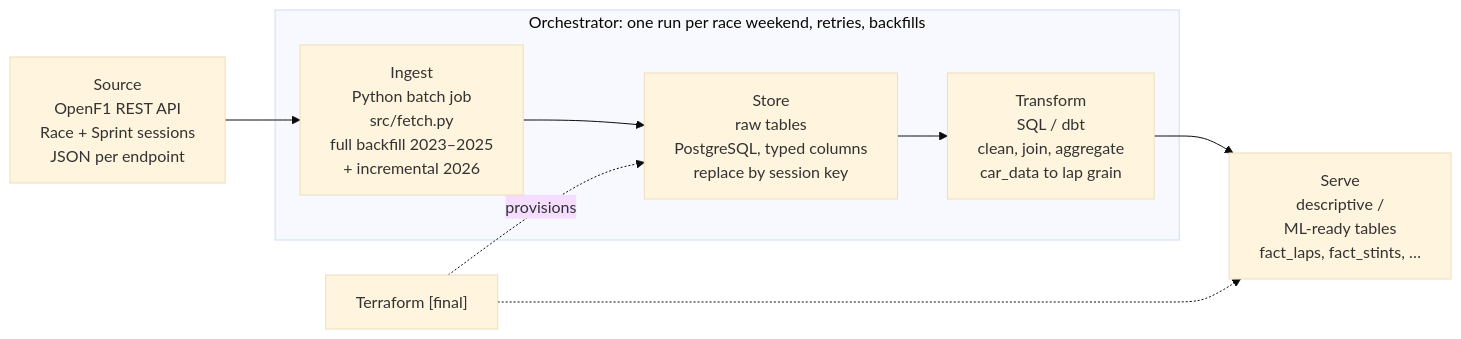
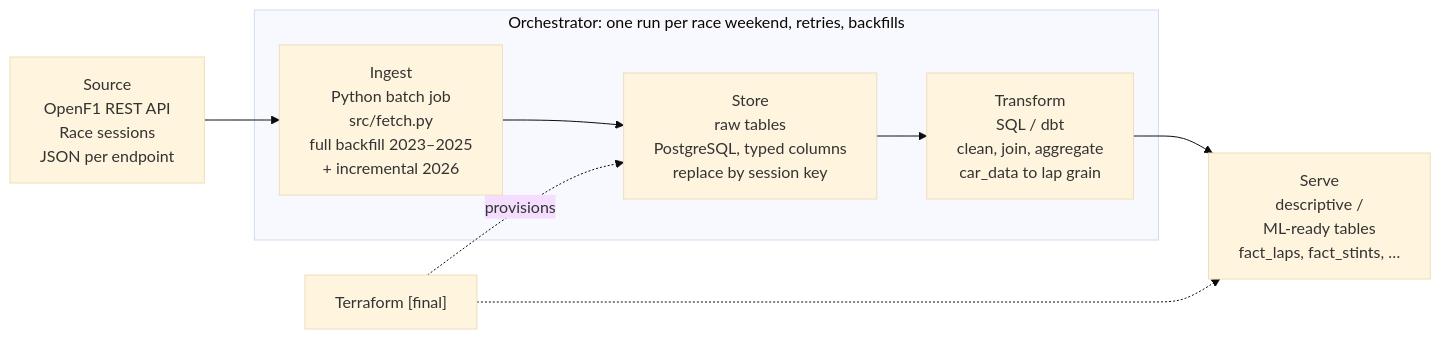
The diagram in README.md (FloHoliday/DENG), drawn with Mermaid (base theme) before and after one commit. The commit also changed other lines of this file and 2 other files, not shown here.

Commit message:
chore: remove sprint session, only load race

````diff
--- a/README.md
+++ b/README.md
@@ -191,16 +190,16 @@
 ```mermaid
 flowchart LR
-    source["Source<br/>OpenF1 REST API<br/>Race + Sprint sessions<br/>JSON per endpoint"]
+    source["Source<br/>OpenF1 REST API<br/>Race sessions<br/>JSON per endpoint"]
 
     subgraph orchestrator["Orchestrator: one run per race weekend, retries, backfills"]
         ingest["Ingest<br/>Python batch job<br/>src/fetch.py<br/>full backfill 2023–2025<br/>+ incremental 2026"]
         store["Store<br/>raw tables<br/>PostgreSQL, typed columns<br/>replace by session key"]
         transform["Transform<br/>SQL / dbt<br/>clean, join, aggregate<br/>car_data to lap grain"]
     end
 
     serve["Serve<br/>descriptive /<br/>ML-ready tables<br/>fact_laps, fact_stints, …"]
     tf["Terraform [final]"]
     source --> ingest --> store --> transform --> serve
     tf -.->|provisions| store
     tf -.-> serve
 ```
````
